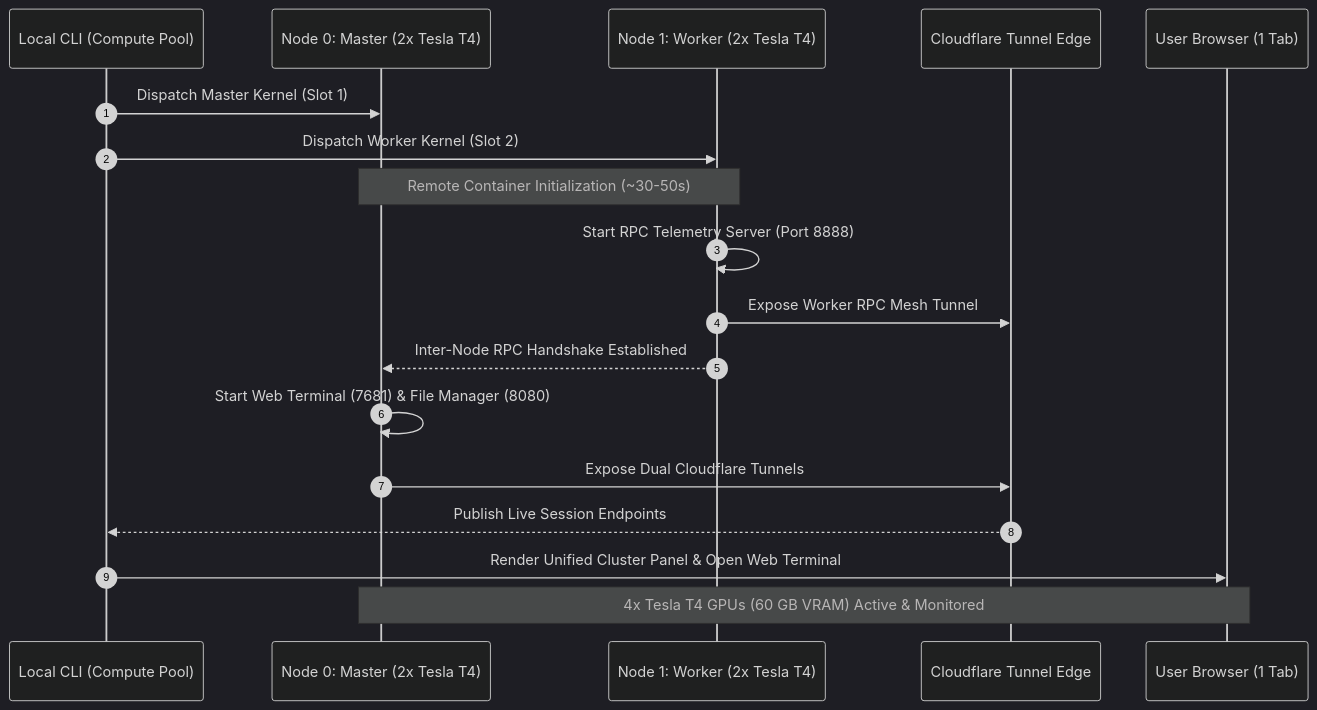
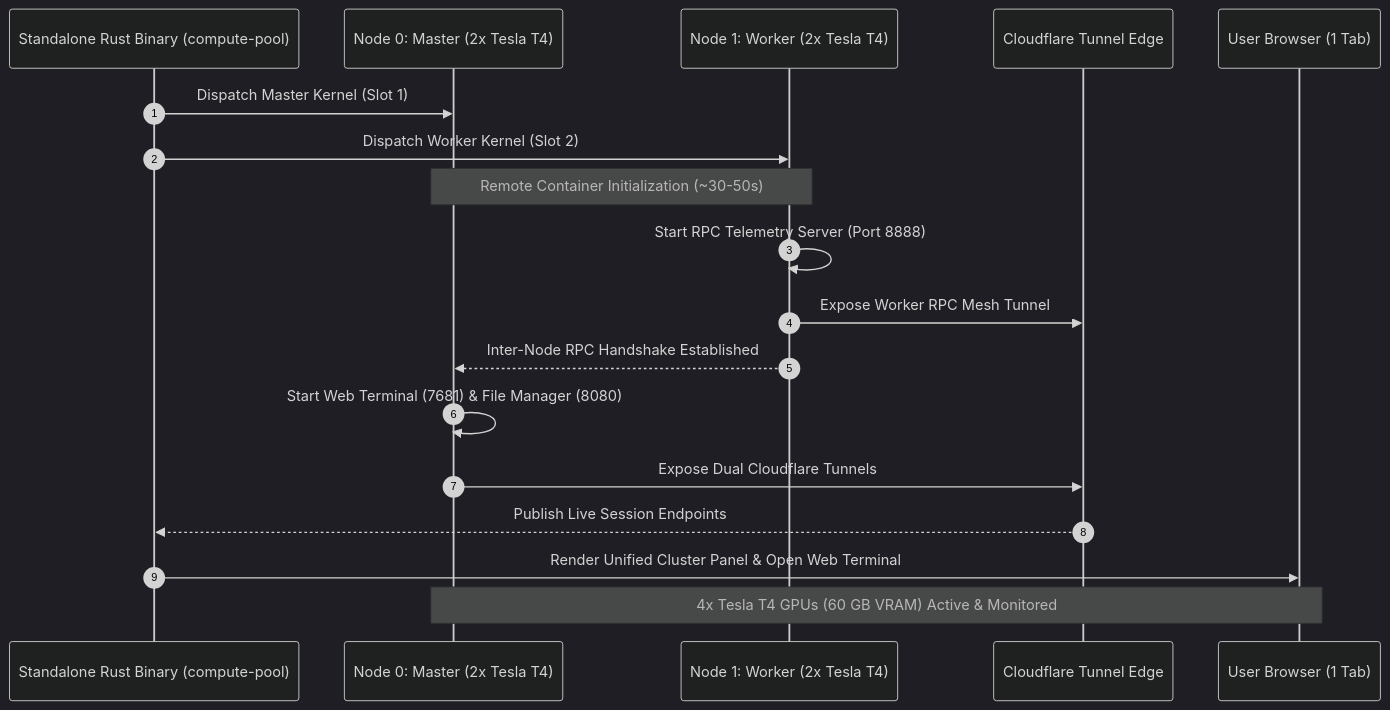
The diagram in README.md (iam-saiteja/Compute-Pool), drawn with Mermaid (dark theme) before and after one commit. The commit also changed other lines of this file and 27 other files, not shown here.

````diff
--- a/README.md
+++ b/README.md
@@ -61,21 +96,21 @@
 ```mermaid
 sequenceDiagram
     autonumber
-    participant CLI as Local CLI (Compute Pool)
+    participant CLI as Standalone Rust Binary (compute-pool)
     participant M as Node 0: Master (2x Tesla T4)
     participant W as Node 1: Worker (2x Tesla T4)
     participant CF as Cloudflare Tunnel Edge
     participant B as User Browser (1 Tab)
 
     CLI->>M: Dispatch Master Kernel (Slot 1)
     CLI->>W: Dispatch Worker Kernel (Slot 2)
     Note over M,W: Remote Container Initialization (~30-50s)
     W->>W: Start RPC Telemetry Server (Port 8888)
     W->>CF: Expose Worker RPC Mesh Tunnel
     W-->>M: Inter-Node RPC Handshake Established
     M->>M: Start Web Terminal (7681) & File Manager (8080)
     M->>CF: Expose Dual Cloudflare Tunnels
     CF-->>CLI: Publish Live Session Endpoints
     CLI->>B: Render Unified Cluster Panel & Open Web Terminal
     Note over B,M: 4x Tesla T4 GPUs (60 GB VRAM) Active & Monitored
 ```
````
